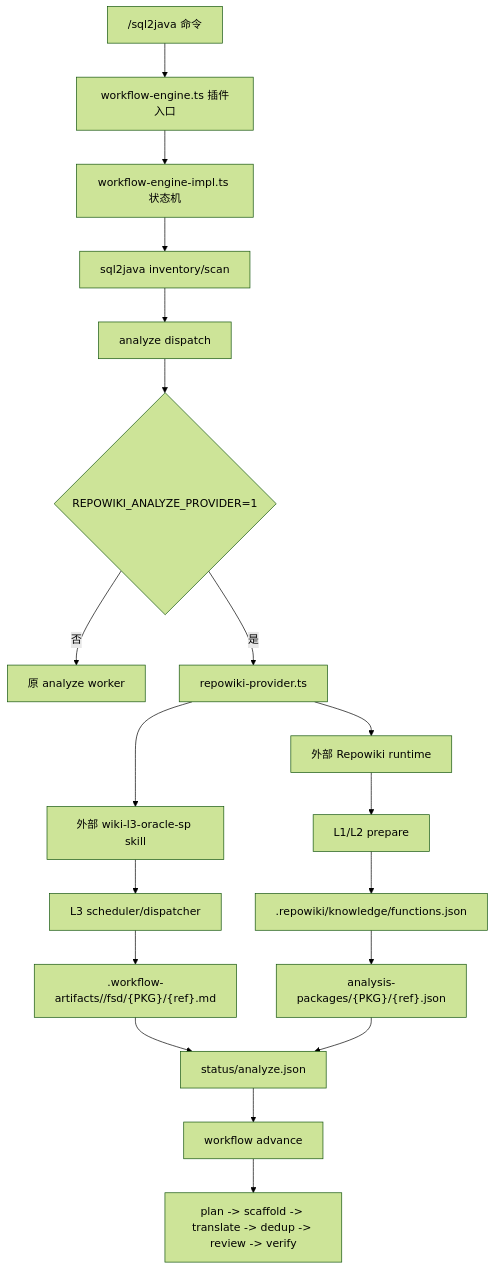
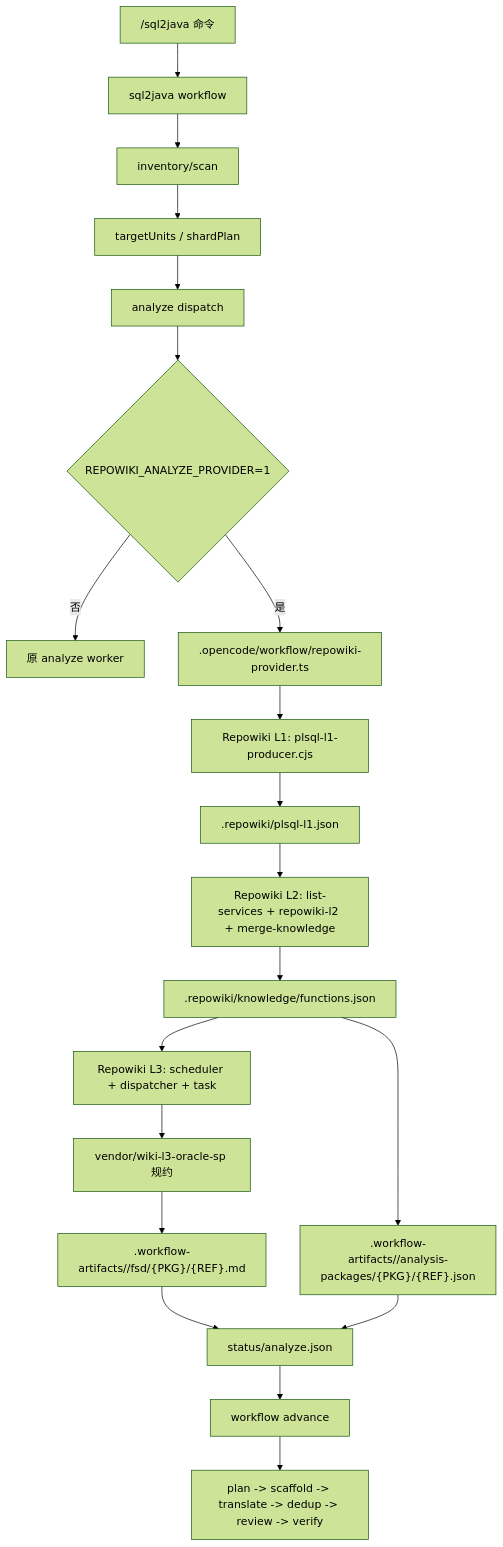
Before and after one commit to lanszdg/sql2java-workflow-repowiki: the diagram in README.md, drawn with Mermaid (forest theme). The commit also changed other lines of this file and 466 other files, not shown here.

Commit message:
feat: bundle repowiki oracle runtime

````diff
--- a/README.md
+++ b/README.md
@@ -56,21 +27,22 @@
 ```mermaid
 flowchart TD
-  A["/sql2java 命令"] --> B["workflow-engine.ts 插件入口"]
-  B --> C["workflow-engine-impl.ts 状态机"]
-  C --> D["sql2java inventory/scan"]
+  A["/sql2java 命令"] --> B["sql2java workflow"]
+  B --> C["inventory/scan"]
+  C --> D["targetUnits / shardPlan"]
   D --> E["analyze dispatch"]
   E --> F{"REPOWIKI_ANALYZE_PROVIDER=1"}
   F -- "否" --> G["原 analyze worker"]
-  F -- "是" --> H["repowiki-provider.ts"]
-  H --> I["外部 Repowiki runtime"]
-  I --> J["L1/L2 prepare"]
-  J --> K[".repowiki/knowledge/functions.json"]
-  H --> L["外部 wiki-l3-oracle-sp skill"]
-  L --> M["L3 scheduler/dispatcher"]
-  M --> N[".workflow-artifacts/<runId>/fsd/{PKG}/{ref}.md"]
-  K --> O["analysis-packages/{PKG}/{ref}.json"]
-  N --> P["status/analyze.json"]
-  O --> P
-  P --> Q["workflow advance"]
-  Q --> R["plan -> scaffold -> translate -> dedup -> review -> verify"]
+  F -- "是" --> H[".opencode/workflow/repowiki-provider.ts"]
+  H --> I["Repowiki L1: plsql-l1-producer.cjs"]
+  I --> J[".repowiki/plsql-l1.json"]
+  J --> K["Repowiki L2: list-services + repowiki-l2 + merge-knowledge"]
+  K --> L[".repowiki/knowledge/functions.json"]
+  L --> M["Repowiki L3: scheduler + dispatcher + task"]
+  M --> N["vendor/wiki-l3-oracle-sp 规约"]
+  N --> O[".workflow-artifacts/<runId>/fsd/{PKG}/{REF}.md"]
+  L --> P[".workflow-artifacts/<runId>/analysis-packages/{PKG}/{REF}.json"]
+  O --> Q["status/analyze.json"]
+  P --> Q
+  Q --> R["workflow advance"]
+  R --> S["plan -> scaffold -> translate -> dedup -> review -> verify"]
 ```
````
